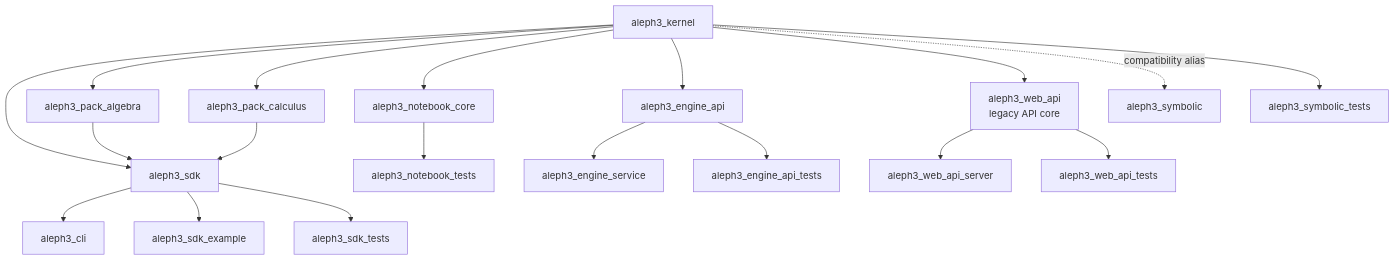
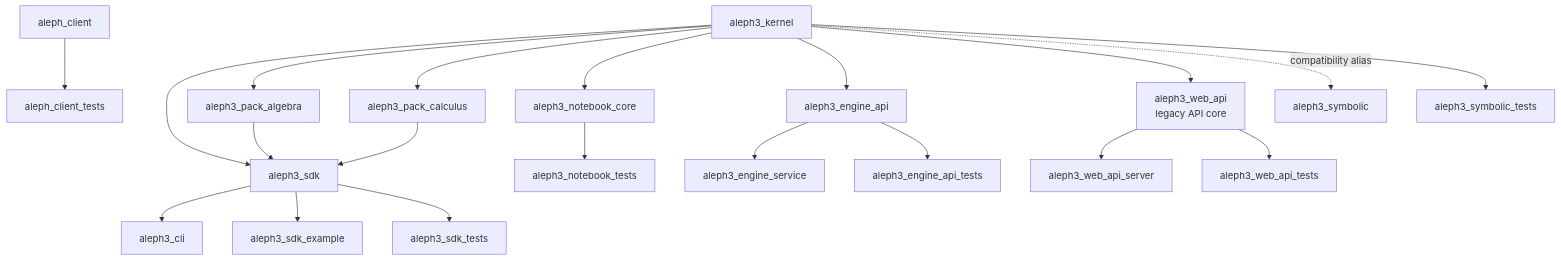
One commit to sergiorf/aleph3 changed the ninth of 10 diagrams in docs/architecture.md. Above: the diagram before and after it, drawn with Mermaid. The commit also changed other lines of this file and 10 other files, not shown here.

First line of the commit message:
feat: add aleph client protocol model

````diff
--- a/docs/architecture.md
+++ b/docs/architecture.md
@@ -386,21 +390,22 @@
 ```mermaid
 flowchart TD
+    AlephClient["aleph_client"] --> AlephClientTests["aleph_client_tests"]
     Kernel["aleph3_kernel"] --> SDK["aleph3_sdk"]
     Kernel --> Algebra["aleph3_pack_algebra"]
     Kernel --> Calculus["aleph3_pack_calculus"]
     Kernel --> NotebookCore["aleph3_notebook_core"]
     Kernel --> EngineApi["aleph3_engine_api"]
     Kernel --> WebApi["aleph3_web_api<br/>legacy API core"]
     Kernel -. compatibility alias .-> Symbolic["aleph3_symbolic"]
     Algebra --> SDK
     Calculus --> SDK
     SDK --> CLI["aleph3_cli"]
     SDK --> Example["aleph3_sdk_example"]
     EngineApi --> EngineSvc["aleph3_engine_service"]
     WebApi --> WebApiServer["aleph3_web_api_server"]
     Kernel --> KernelTests["aleph3_symbolic_tests"]
     NotebookCore --> NotebookTests["aleph3_notebook_tests"]
     EngineApi --> EngineTests["aleph3_engine_api_tests"]
     WebApi --> WebTests["aleph3_web_api_tests"]
     SDK --> SDKTests["aleph3_sdk_tests"]
 ```
````
